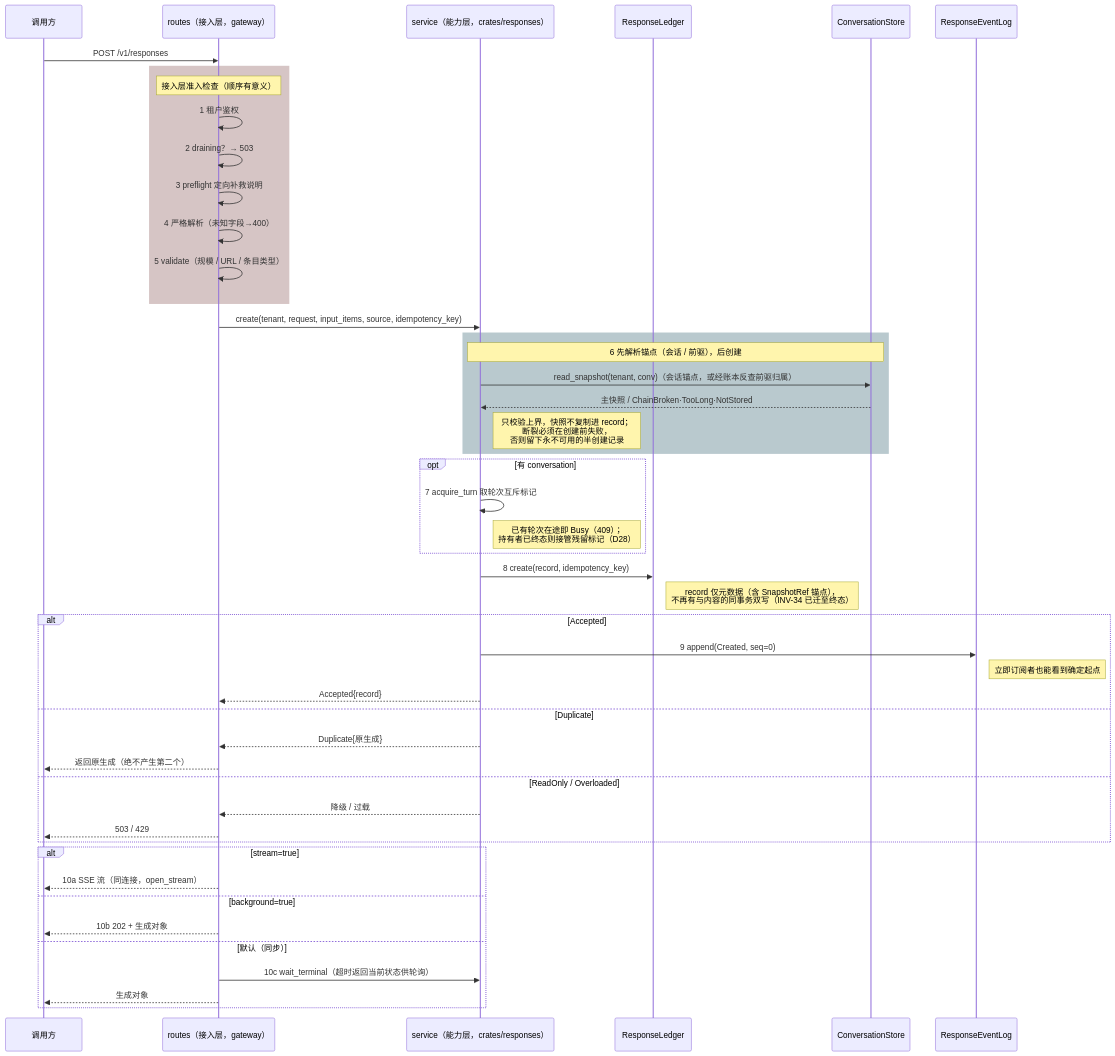
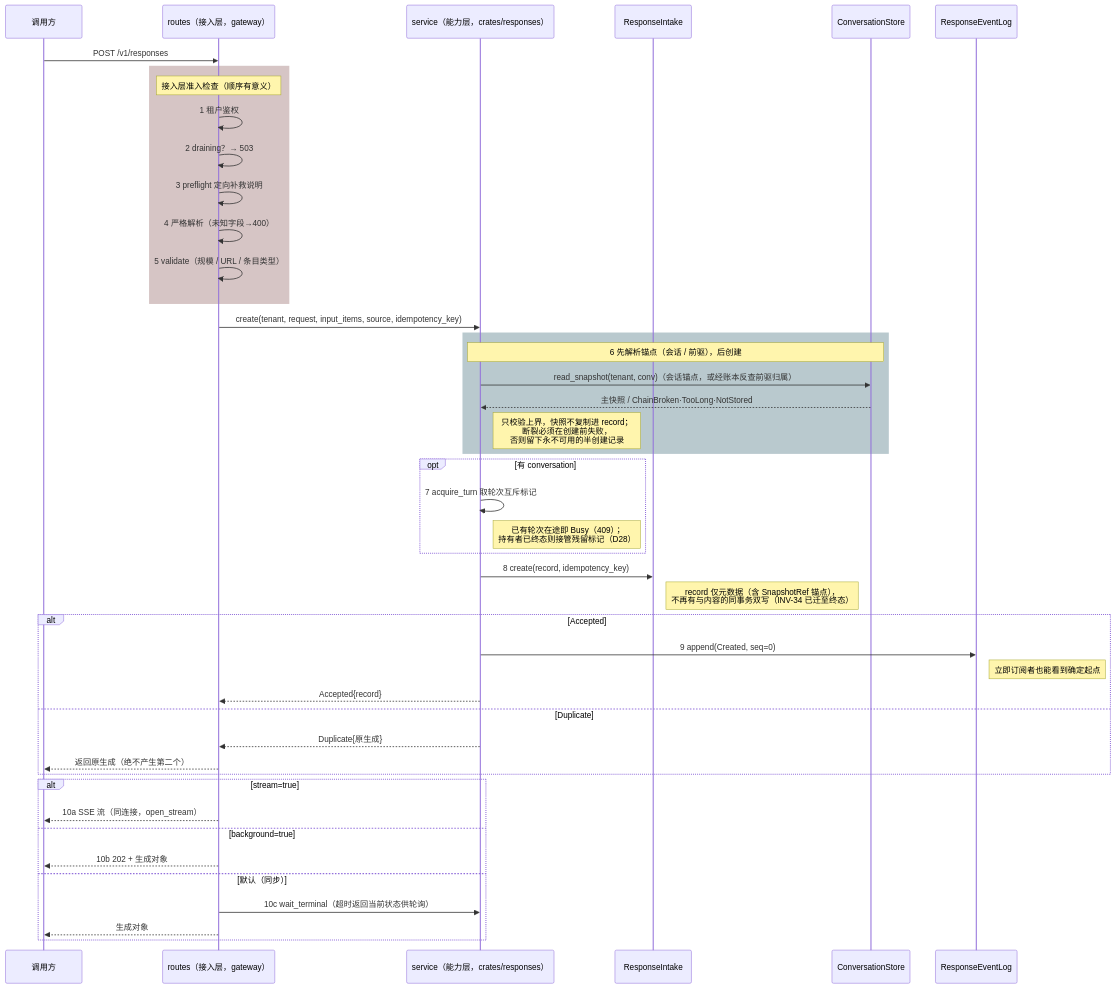
One commit to charleslyh/nova-chat changed the third of 8 diagrams in docs/design/00-architecture-review.md. Above: the diagram before and after it, drawn with Mermaid. The commit also changed other lines of this file and 85 other files, not shown here.

````diff
--- a/docs/design/00-architecture-review.md
+++ b/docs/design/00-architecture-review.md
@@ -301,57 +299,54 @@
 ```mermaid
 sequenceDiagram
     participant C as 调用方
     participant R as routes（接入层，gateway）
     participant V as service（能力层，crates/responses）
-    participant L as ResponseLedger
+    participant L as ResponseIntake
     participant S as ConversationStore
     participant E as ResponseEventLog
 
     C->>R: POST /v1/responses
 
     rect rgba(92, 26, 26, 0.25)
     Note over R: 接入层准入检查（顺序有意义）
     R->>R: 1 租户鉴权
     R->>R: 2 draining？→ 503
     R->>R: 3 preflight 定向补救说明
     R->>R: 4 严格解析（未知字段→400）
     R->>R: 5 validate（规模 / URL / 条目类型）
     end
 
     R->>V: create(tenant, request, input_items, source, idempotency_key)
 
     rect rgba(26, 77, 92, 0.3)
     Note over V,S: 6 先解析锚点（会话 / 前驱），后创建
     V->>S: read_snapshot(tenant, conv)（会话锚点，或经账本反查前驱归属）
     S-->>V: 主快照 / ChainBroken·TooLong·NotStored
     Note right of V: 只校验上界，快照不复制进 record；<br/>断裂必须在创建前失败，<br/>否则留下永不可用的半创建记录
     end
 
     opt 有 conversation
     V->>V: 7 acquire_turn 取轮次互斥标记
     Note right of V: 已有轮次在途即 Busy（409）；<br/>持有者已终态则接管残留标记（D28）
     end
 
     V->>L: 8 create(record, idempotency_key)
     Note right of L: record 仅元数据（含 SnapshotRef 锚点），<br/>不再有与内容的同事务双写（INV-34 已迁至终态）
     alt Accepted
         V->>E: 9 append(Created, seq=0)
         Note right of E: 立即订阅者也能看到确定起点
         V-->>R: Accepted{record}
     else Duplicate
         V-->>R: Duplicate{原生成}
         R-->>C: 返回原生成（绝不产生第二个）
-    else ReadOnly / Overloaded
-        V-->>R: 降级 / 过载
-        R-->>C: 503 / 429
     end
 
     alt stream=true
         R-->>C: 10a SSE 流（同连接，open_stream）
     else background=true
         R-->>C: 10b 202 + 生成对象
     else 默认（同步）
         R->>V: 10c wait_terminal（超时返回当前状态供轮询）
         R-->>C: 生成对象
     end
 ```
````
